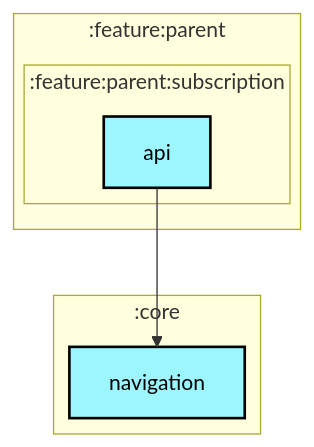
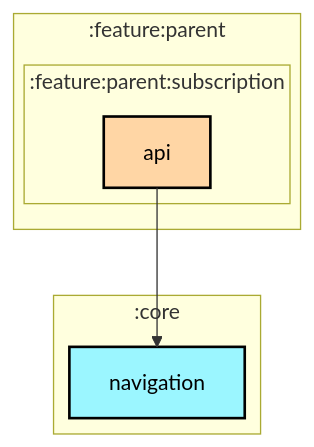
The first of 2 diagrams in architecture/ParentalControlApps/feature/parent/subscription/api/README.md (jadavchirag/jadavchirag), drawn with Mermaid before and after one commit. The commit also changed 26 other files, not shown here.

Commit message:
fixed feature module colors in graphs

````diff
--- a/architecture/ParentalControlApps/feature/parent/subscription/api/README.md
+++ b/architecture/ParentalControlApps/feature/parent/subscription/api/README.md
@@ -6,29 +6,29 @@
 ```mermaid
 ---
 config:
   layout: elk
   elk:
     nodePlacementStrategy: SIMPLE
 ---
 graph TB
   subgraph :feature:parent
     direction TB
     subgraph :feature:parent:subscription
       direction TB
-      :feature:parent:subscription:api[api]:::android-library
+      :feature:parent:subscription:api[api]:::android-feature
     end
   end
   subgraph :core
     direction TB
     :core:navigation[navigation]:::android-library
   end
 
   :feature:parent:subscription:api --> :core:navigation
 
 classDef android-application fill:#CAFFBF,stroke:#000,stroke-width:2px,color:#000;
 classDef android-feature fill:#FFD6A5,stroke:#000,stroke-width:2px,color:#000;
 classDef android-library fill:#9BF6FF,stroke:#000,stroke-width:2px,color:#000;
 classDef android-test fill:#A0C4FF,stroke:#000,stroke-width:2px,color:#000;
 classDef jvm-library fill:#BDB2FF,stroke:#000,stroke-width:2px,color:#000;
 classDef unknown fill:#FFADAD,stroke:#000,stroke-width:2px,color:#000;
 ```
````
